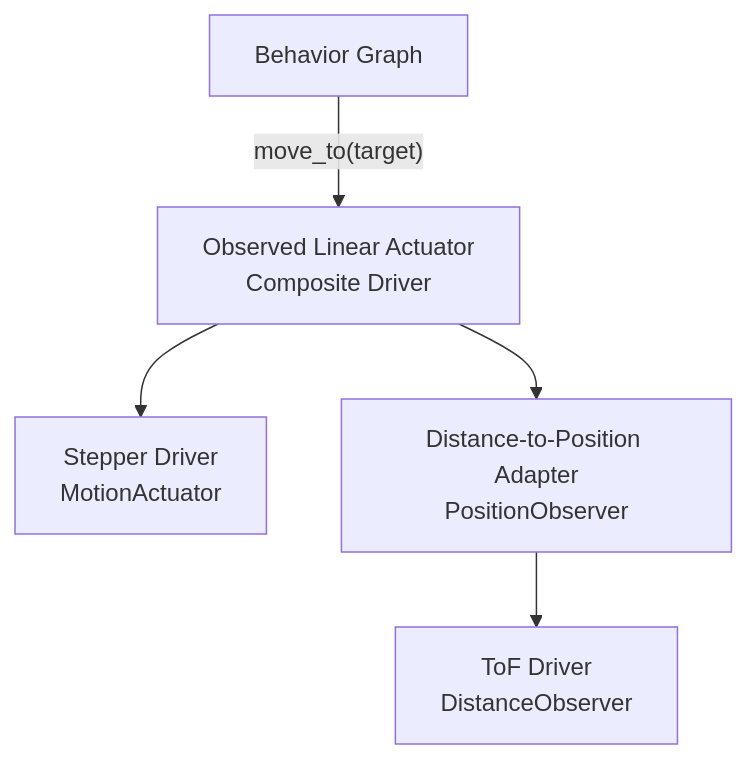
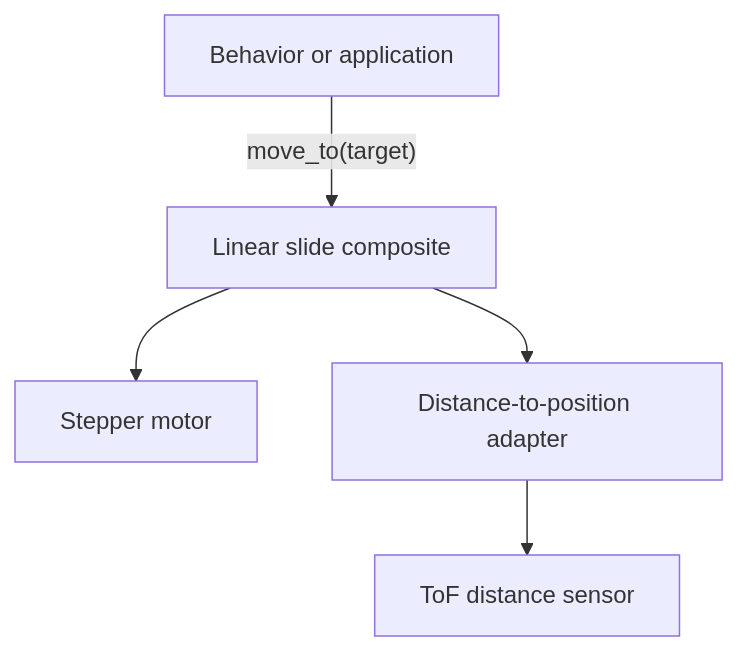
One commit to ROSMicroPy/RobotPrimitivesStack changed the second of 5 diagrams in README.md. Above: the diagram before and after it, drawn with Mermaid. The commit also changed other lines of this file, not shown here.

````diff
--- a/README.md
+++ b/README.md
@@ -466,13 +55,13 @@
-```mermaid
+~~~mermaid
 flowchart TB
-    BEHAVIOR["Behavior Graph"]
-    LINEAR["Observed Linear Actuator<br/>Composite Driver"]
-    MOTOR["Stepper Driver<br/>MotionActuator"]
-    POSITION["Distance-to-Position Adapter<br/>PositionObserver"]
-    TOF["ToF Driver<br/>DistanceObserver"]
+    APP["Behavior or application"]
+    SLIDE["Linear slide composite"]
+    MOTOR["Stepper motor"]
+    POSITION["Distance-to-position adapter"]
+    TOF["ToF distance sensor"]
 
-    BEHAVIOR -->|"move_to(target)"| LINEAR
-    LINEAR --> MOTOR
-    LINEAR --> POSITION
+    APP -->|"move_to(target)"| SLIDE
+    SLIDE --> MOTOR
+    SLIDE --> POSITION
     POSITION --> TOF
-```
+~~~
````
